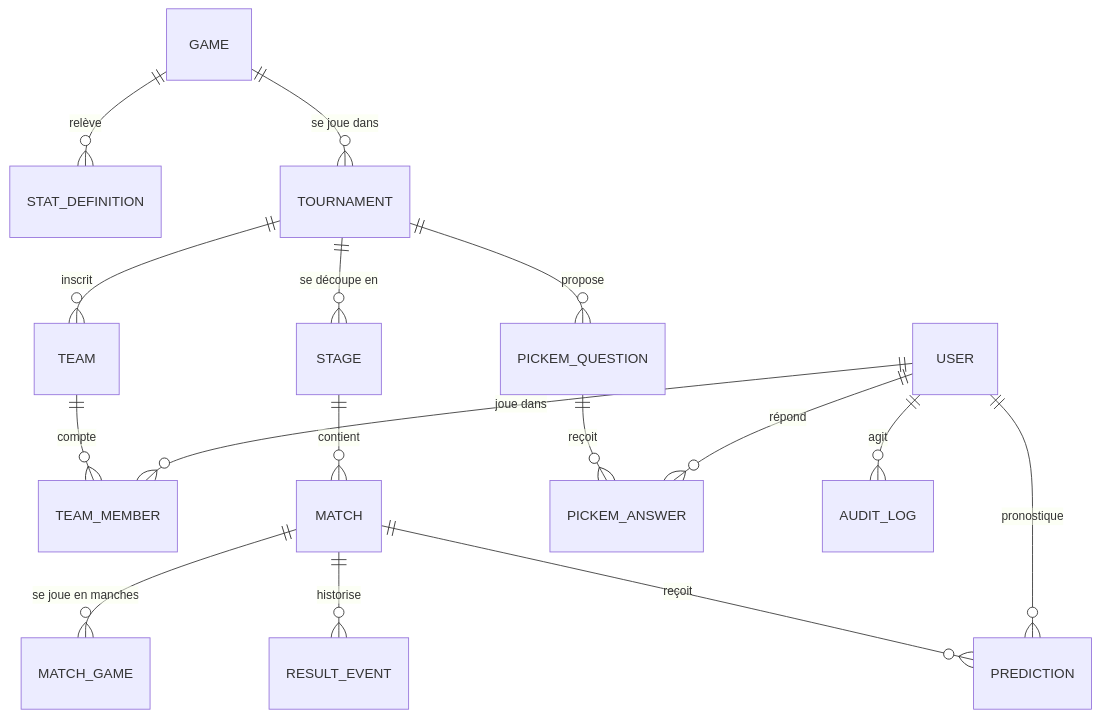
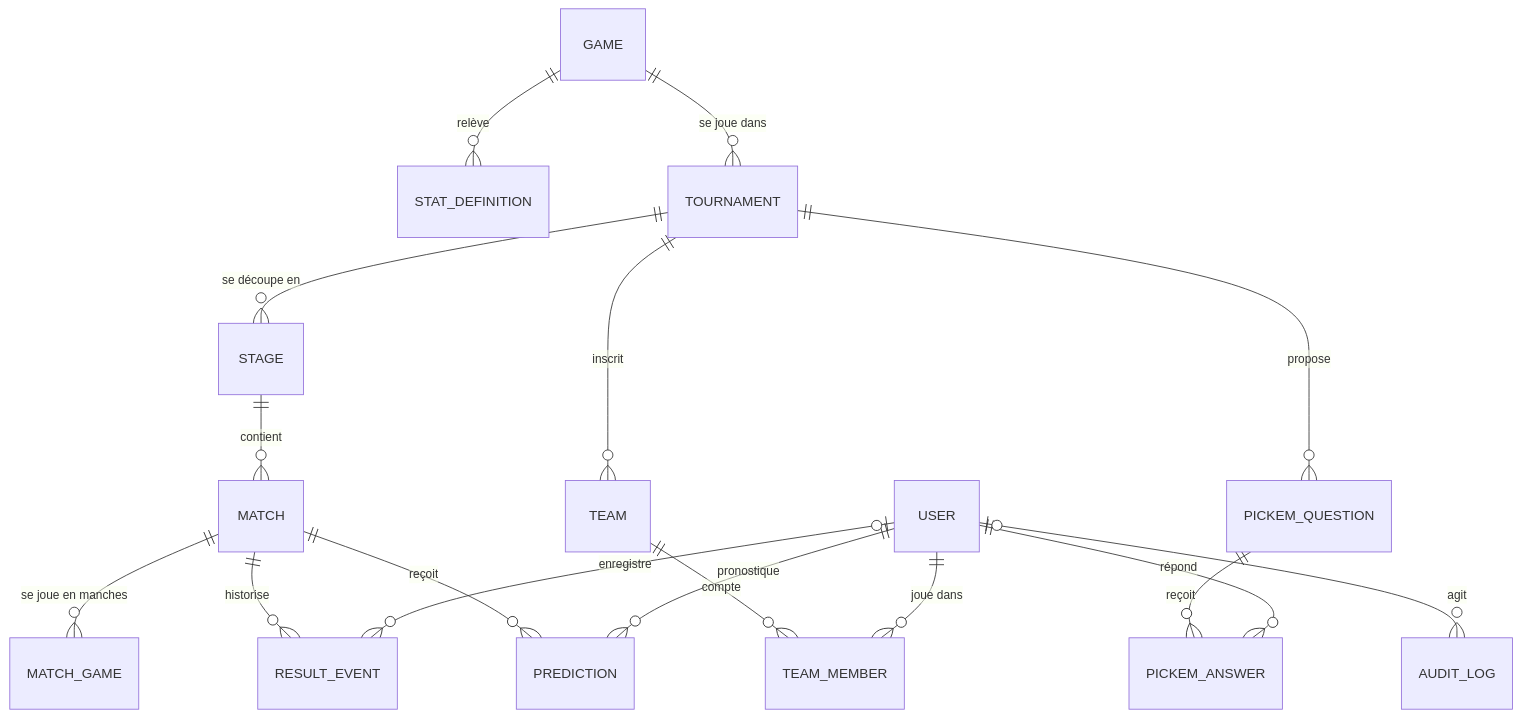
The diagram in docs/data-model.md (Wavitoo/LisLeStart), drawn with Mermaid before and after one commit. The commit also changed other lines of this file and 3 other files, not shown here.

````diff
--- a/docs/data-model.md
+++ b/docs/data-model.md
@@ -5,18 +5,19 @@
 ```mermaid
 erDiagram
   GAME ||--o{ STAT_DEFINITION : "relève"
   GAME ||--o{ TOURNAMENT : "se joue dans"
   TOURNAMENT ||--o{ STAGE : "se découpe en"
   TOURNAMENT ||--o{ TEAM : "inscrit"
   TOURNAMENT ||--o{ PICKEM_QUESTION : "propose"
   TEAM ||--o{ TEAM_MEMBER : "compte"
   USER ||--o{ TEAM_MEMBER : "joue dans"
   STAGE ||--o{ MATCH : "contient"
   MATCH ||--o{ MATCH_GAME : "se joue en manches"
   MATCH ||--o{ RESULT_EVENT : "historise"
   MATCH ||--o{ PREDICTION : "reçoit"
   USER ||--o{ PREDICTION : "pronostique"
   PICKEM_QUESTION ||--o{ PICKEM_ANSWER : "reçoit"
   USER ||--o{ PICKEM_ANSWER : "répond"
-  USER ||--o{ AUDIT_LOG : "agit"
+  USER |o--o{ RESULT_EVENT : "enregistre"
+  USER |o--o{ AUDIT_LOG : "agit"
 ```
````
